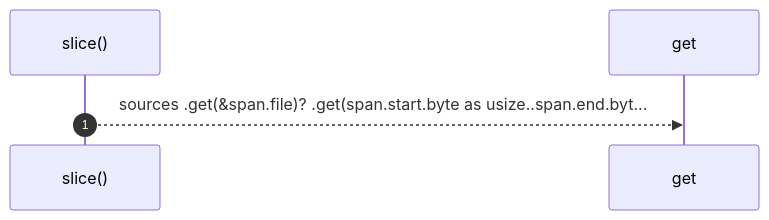
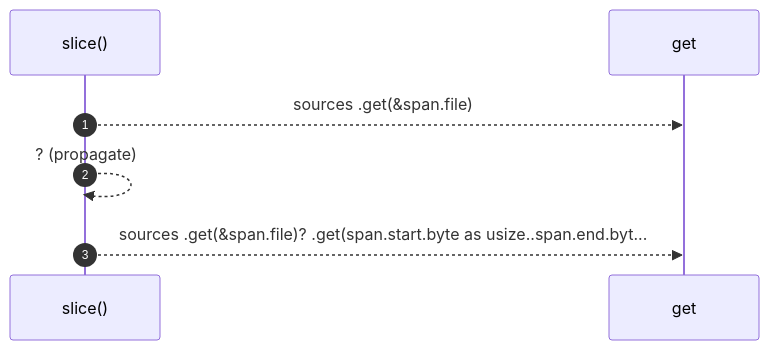
The diagram in docs/self-model/robby_render/tree/slice.md (RyanGuild/self-describing-code), drawn with Mermaid before and after one commit. The commit also changed other lines of this file and 1404 other files, not shown here.

````diff
--- a/docs/self-model/robby_render/tree/slice.md
+++ b/docs/self-model/robby_render/tree/slice.md
@@ -20,7 +20,9 @@
 ```mermaid
 sequenceDiagram
     autonumber
     participant slice as slice()
     participant get as get
+    slice-->>get: sources .get(&span.file)
+    slice-->>slice: ? (propagate)
     slice-->>get: sources .get(&span.file)? .get(span.start.byte as usize..span.end.byt...
 ```
````
